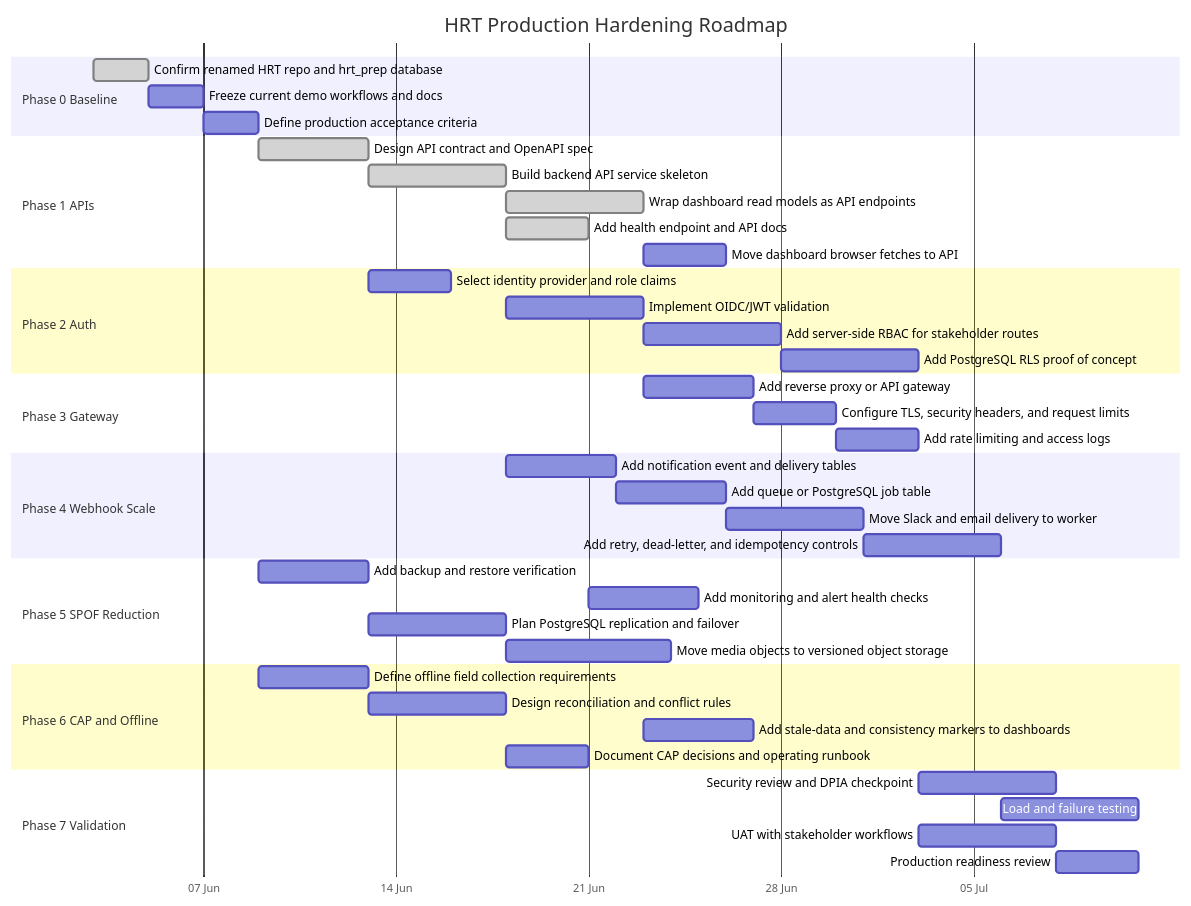
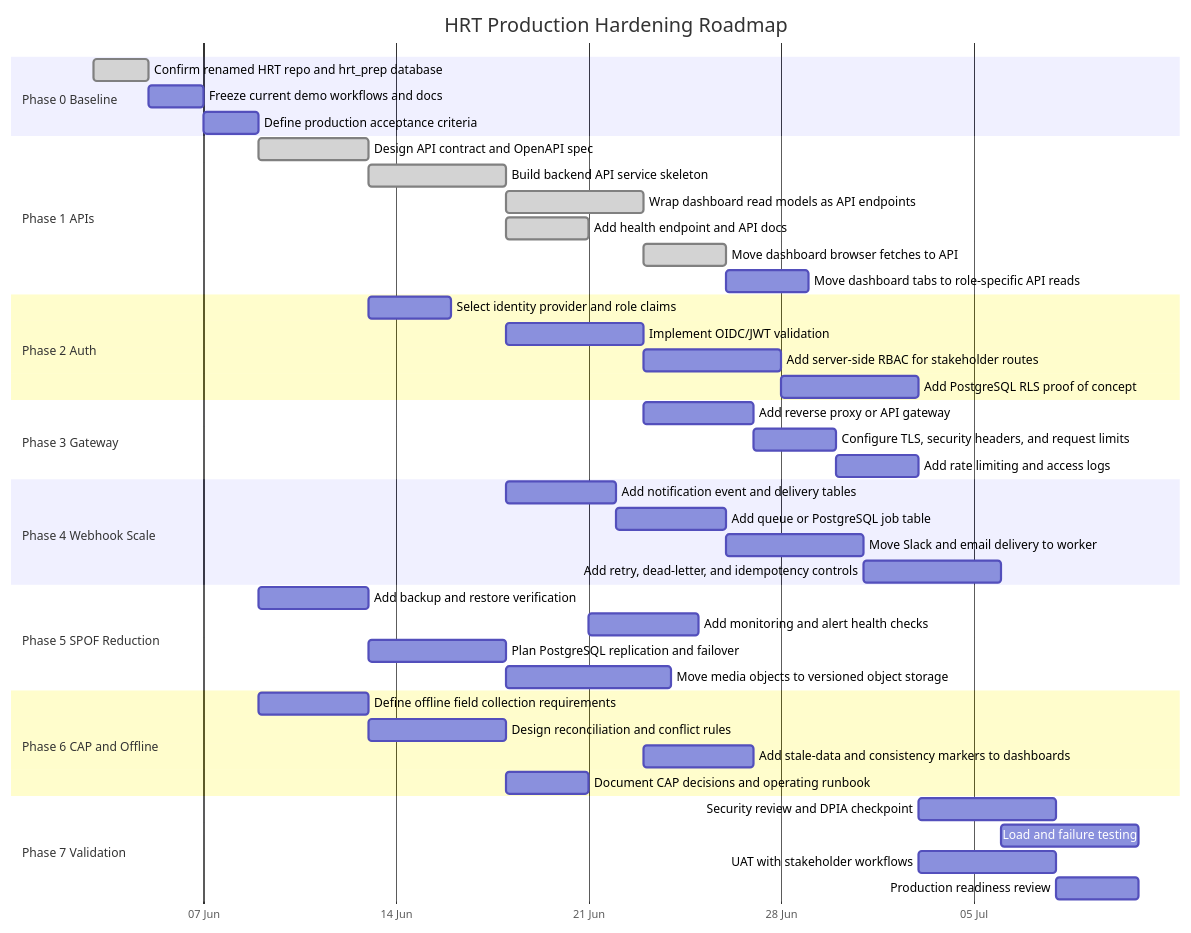
Before and after one commit to waigisteve/hrt-dbm-evidence-ops: the diagram in implementation_roadmap.md, drawn with Mermaid. The commit also changed other lines of this file and 8 other files, not shown here.

Commit message:
Make dashboard prefer API snapshot

````diff
--- a/implementation_roadmap.md
+++ b/implementation_roadmap.md
@@ -88,53 +88,54 @@
 ```mermaid
 gantt
     title HRT Production Hardening Roadmap
     dateFormat  YYYY-MM-DD
     axisFormat  %d %b
 
     section Phase 0 Baseline
     Confirm renamed HRT repo and hrt_prep database        :done, p0a, 2026-06-03, 2d
     Freeze current demo workflows and docs                :p0b, after p0a, 2d
     Define production acceptance criteria                 :p0c, after p0b, 2d
 
     section Phase 1 APIs
     Design API contract and OpenAPI spec                  :done, p1a, after p0c, 4d
     Build backend API service skeleton                    :done, p1b, after p1a, 5d
     Wrap dashboard read models as API endpoints           :done, p1c, after p1b, 5d
     Add health endpoint and API docs                      :done, p1d, after p1b, 3d
-    Move dashboard browser fetches to API                 :p1e, after p1c, 3d
+    Move dashboard browser fetches to API                 :done, p1e, after p1c, 3d
+    Move dashboard tabs to role-specific API reads        :p1f, after p1e, 3d
 
     section Phase 2 Auth
     Select identity provider and role claims              :p2a, after p1a, 3d
     Implement OIDC/JWT validation                         :p2b, after p1b, 5d
     Add server-side RBAC for stakeholder routes           :p2c, after p2b, 5d
     Add PostgreSQL RLS proof of concept                   :p2d, after p2c, 5d
 
     section Phase 3 Gateway
     Add reverse proxy or API gateway                      :p3a, after p2b, 4d
     Configure TLS, security headers, and request limits   :p3b, after p3a, 3d
     Add rate limiting and access logs                     :p3c, after p3b, 3d
 
     section Phase 4 Webhook Scale
     Add notification event and delivery tables            :p4a, after p1b, 4d
     Add queue or PostgreSQL job table                     :p4b, after p4a, 4d
     Move Slack and email delivery to worker               :p4c, after p4b, 5d
     Add retry, dead-letter, and idempotency controls      :p4d, after p4c, 5d
 
     section Phase 5 SPOF Reduction
     Add backup and restore verification                   :p5a, after p0c, 4d
     Add monitoring and alert health checks                :p5b, after p1d, 4d
     Plan PostgreSQL replication and failover              :p5c, after p5a, 5d
     Move media objects to versioned object storage        :p5d, after p1b, 6d
 
     section Phase 6 CAP and Offline
     Define offline field collection requirements          :p6a, after p0c, 4d
     Design reconciliation and conflict rules              :p6b, after p6a, 5d
     Add stale-data and consistency markers to dashboards  :p6c, after p1c, 4d
     Document CAP decisions and operating runbook          :p6d, after p6b, 3d
 
     section Phase 7 Validation
     Security review and DPIA checkpoint                   :p7a, after p2d, 5d
     Load and failure testing                              :p7b, after p4d, 5d
     UAT with stakeholder workflows                        :p7c, after p3c, 5d
     Production readiness review                           :p7d, after p7a, 3d
 ```
````
